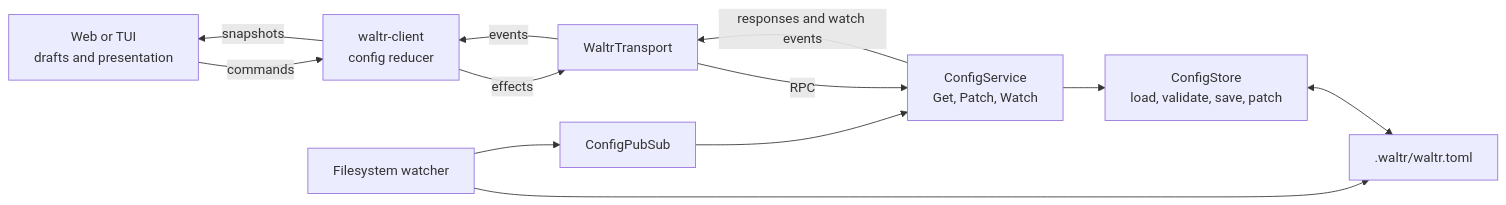
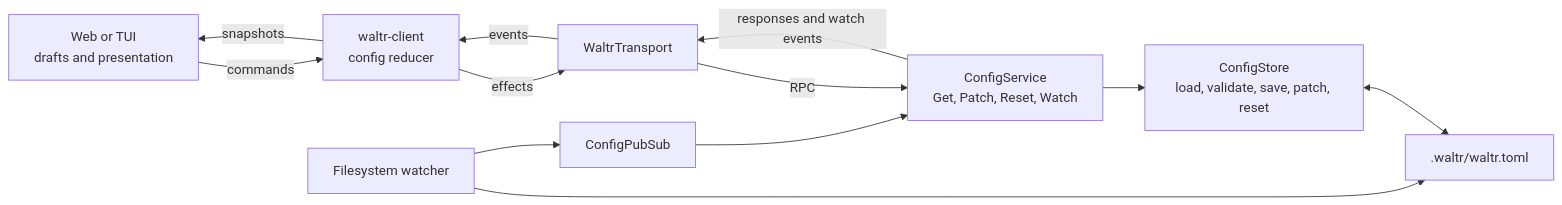
One commit to rfhold/waltr changed the first of 4 diagrams in docs/architecture/config.md. Above: the diagram before and after it, drawn with Mermaid. The commit also changed other lines of this file and 1 other file, not shown here.

Commit message:
docs(config): document dynamic defaults and reset

````diff
--- a/docs/architecture/config.md
+++ b/docs/architecture/config.md
@@ -5,23 +5,23 @@
 ```mermaid
 flowchart LR
     Ui[Web or TUI<br/>drafts and presentation]
     Client[waltr-client<br/>config reducer]
     Transport[WaltrTransport]
-    Service[ConfigService<br/>Get, Patch, Watch]
-    Store[ConfigStore<br/>load, validate, save, patch]
+    Service[ConfigService<br/>Get, Patch, Reset, Watch]
+    Store[ConfigStore<br/>load, validate, save, patch, reset]
     Watcher[Filesystem watcher]
     PubSub[ConfigPubSub]
     File[.waltr/waltr.toml]
 
     Ui -->|commands| Client
     Client -->|effects| Transport
     Transport -->|RPC| Service
     Service --> Store
     Store <--> File
     Watcher --> File
     Watcher --> PubSub
     PubSub --> Service
     Service -->|responses and watch events| Transport
     Transport -->|events| Client
     Client -->|snapshots| Ui
 ```
````
